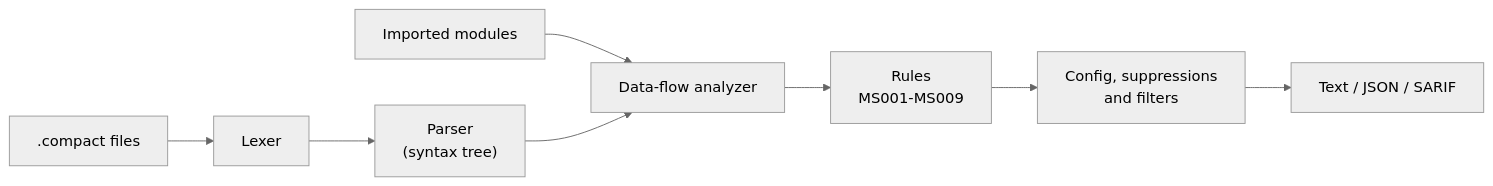
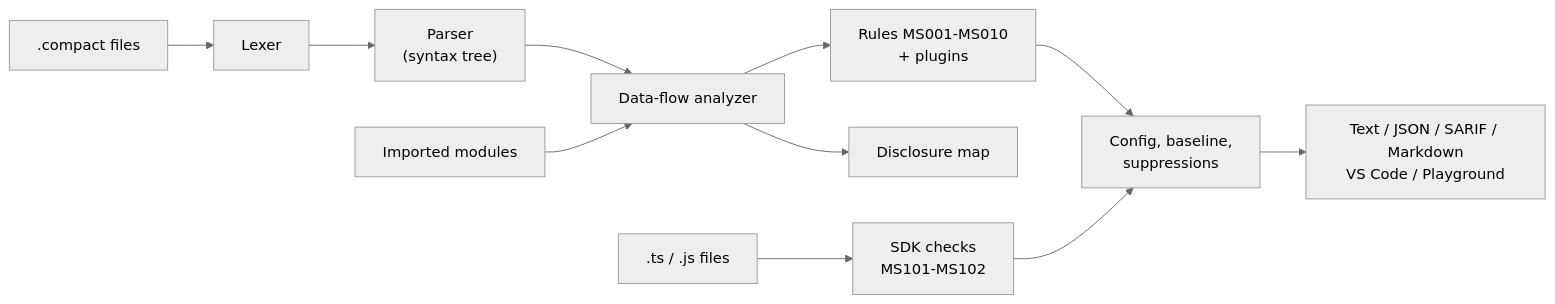
Before and after one commit to efforthye/midnight-shield: the diagram in README.md, drawn with Mermaid (neutral theme). The commit also changed other lines of this file and 7 other files, not shown here.

````diff
--- a/README.md
+++ b/README.md
@@ -191,10 +192,13 @@
 ```mermaid
 flowchart LR
     A[".compact files"] --> B["Lexer"]
     B --> C["Parser<br/>(syntax tree)"]
     I["Imported modules"] --> D
     C --> D["Data-flow analyzer"]
-    D --> E["Rules<br/>MS001-MS009"]
-    E --> F["Config, suppressions<br/>and filters"]
-    F --> G["Text / JSON / SARIF"]
+    D --> E["Rules MS001-MS010<br/>+ plugins"]
+    T[".ts / .js files"] --> S["SDK checks<br/>MS101-MS102"]
+    E --> F["Config, baseline,<br/>suppressions"]
+    S --> F
+    D --> M["Disclosure map"]
+    F --> G["Text / JSON / SARIF / Markdown<br/>VS Code / Playground"]
 ```
````
